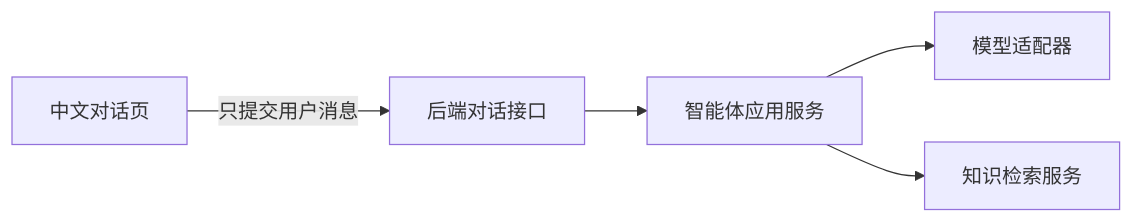
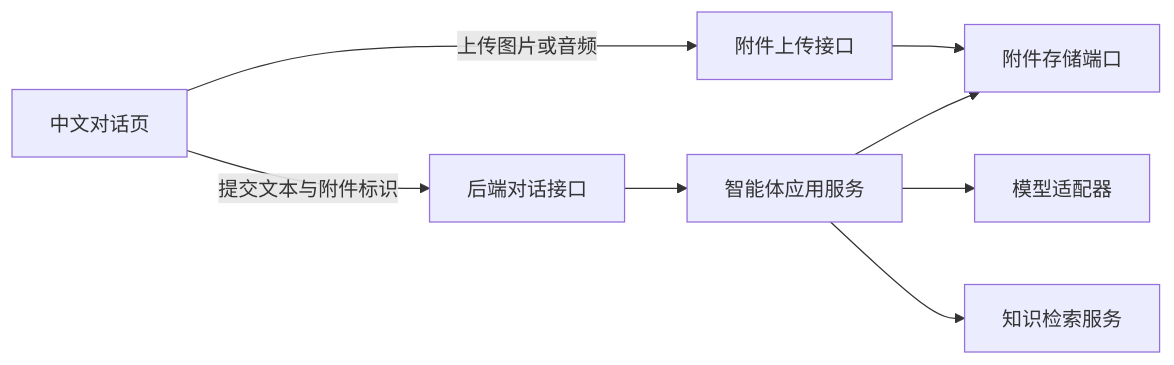
The third of 3 diagrams in docs/modules/agent-eyoucms-page.md (yiting001/agent), drawn with Mermaid before and after one commit. The commit also changed other lines of this file and 12 other files, not shown here.

````diff
--- a/docs/modules/agent-eyoucms-page.md
+++ b/docs/modules/agent-eyoucms-page.md
@@ -160,13 +172,18 @@
 ```mermaid
 flowchart LR
   Page[中文对话页]
+  AttachmentAPI[附件上传接口]
   ChatAPI[后端对话接口]
   Agent[智能体应用服务]
+  Storage[附件存储端口]
   Model[模型适配器]
   Knowledge[知识检索服务]
 
-  Page -->|只提交用户消息| ChatAPI
+  Page -->|上传图片或音频| AttachmentAPI
+  AttachmentAPI --> Storage
+  Page -->|提交文本与附件标识| ChatAPI
   ChatAPI --> Agent
+  Agent --> Storage
   Agent --> Model
   Agent --> Knowledge
 ```
````
